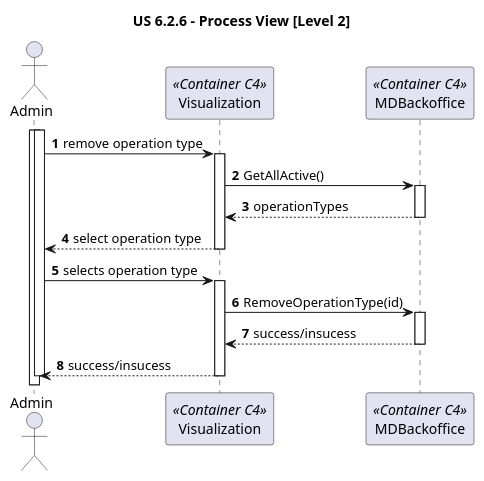
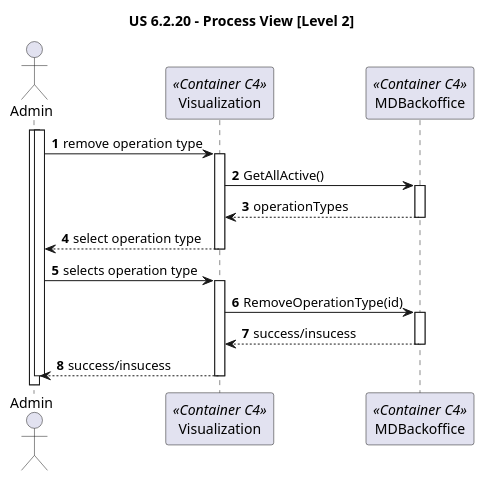
One commit to rita-barbosa/LAPR5-2425 changed the diagram in docs/sprint-2/1220841/us-6.2.20/diagrams/level-2-process-view.puml. Above: the diagram before and after it, drawn with PlantUML. The commit also changed 10 other files, not shown here.

Commit message:
DG38-442 | docs: corrects the titles of the process view diagrams.

```diff
--- a/docs/sprint-2/1220841/us-6.2.20/diagrams/level-2-process-view.puml
+++ b/docs/sprint-2/1220841/us-6.2.20/diagrams/level-2-process-view.puml
@@ -1,38 +1,38 @@
 @startuml
 
-title "US 6.2.6 - Process View [Level 2]"
+title "US 6.2.20 - Process View [Level 2]"
 
 autonumber
 
 actor Admin as ADM
 participant "Visualization" as VIS <<Container C4>>
 participant "MDBackoffice" as SYS <<Container C4>>
 
 activate ADM
 activate ADM
 ADM -> VIS : remove operation type
 activate VIS
 
 VIS -> SYS: GetAllActive()
 activate SYS
 
 SYS --> VIS: operationTypes
 deactivate SYS
 
 VIS --> ADM : select operation type
 deactivate VIS
 
 ADM -> VIS: selects operation type
 activate VIS
 
 VIS -> SYS : RemoveOperationType(id)
 activate SYS
 
 SYS --> VIS: success/insucess
 deactivate SYS
 
 VIS --> ADM : success/insucess
 deactivate VIS
 deactivate ADM
 
 @enduml
```
